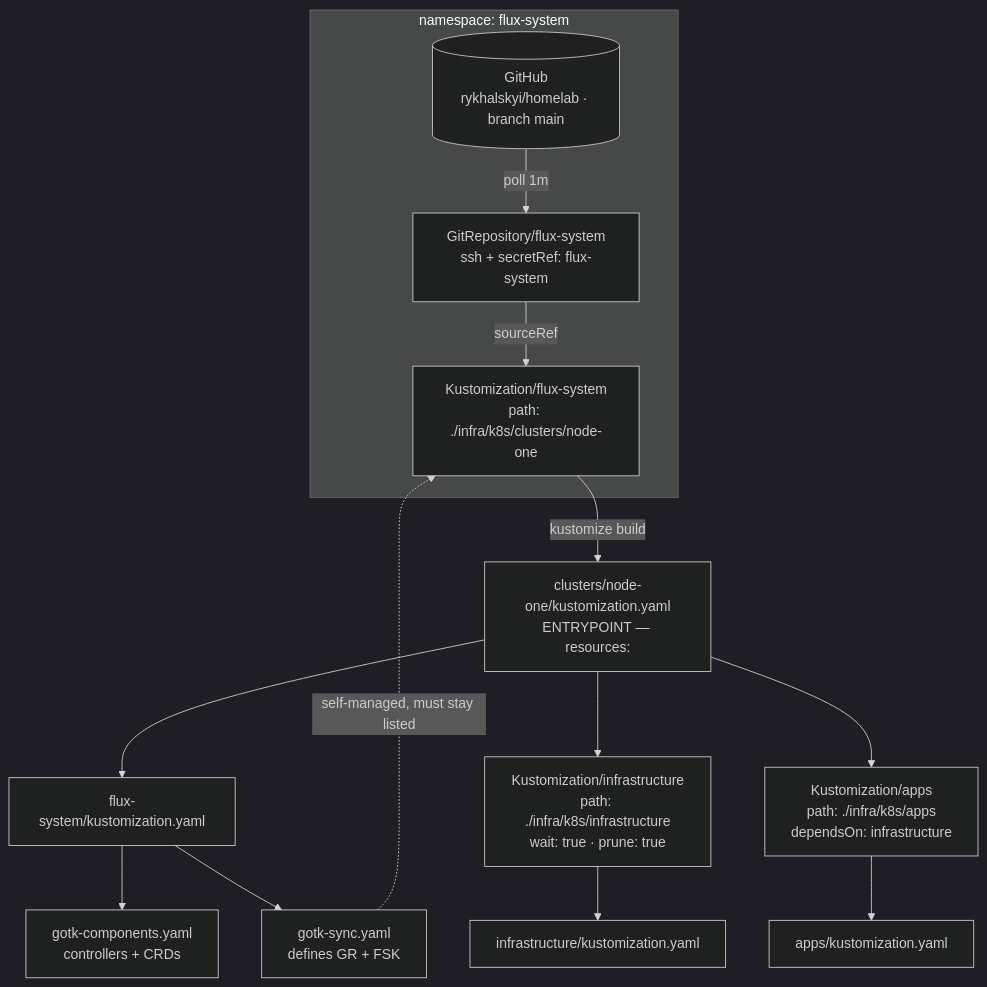
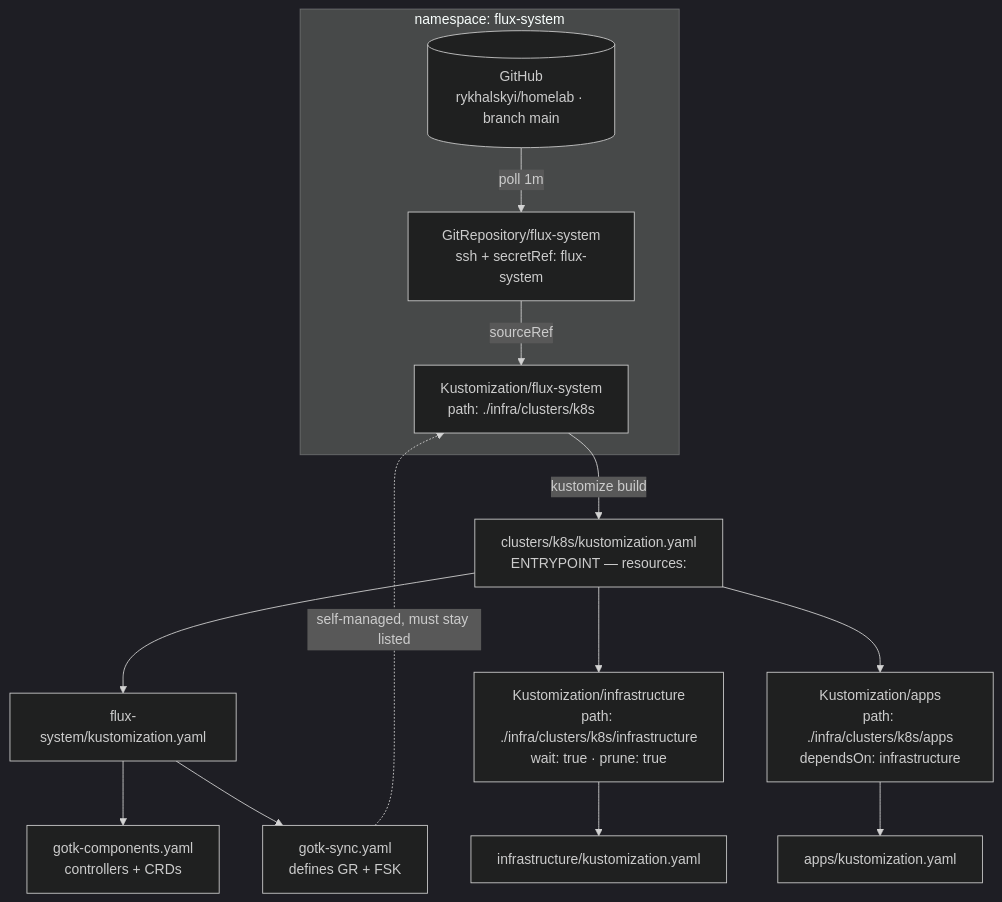
One commit to rykhalskyi/homelab changed the first of 4 diagrams in docs/wiki/pages/k3s-config-graph.md. Above: the diagram before and after it, drawn with Mermaid (dark theme). The commit also changed other lines of this file and 113 other files, not shown here.

First line of the commit message:
Restructure infra/ into clusters, phase1, images, and pi3 (#67)

````diff
--- a/docs/wiki/pages/k3s-config-graph.md
+++ b/docs/wiki/pages/k3s-config-graph.md
@@ -19,25 +19,25 @@
 ```mermaid
 flowchart TD
   GH[("GitHub<br/>rykhalskyi/homelab · branch main")]
 
   subgraph FLUXNS["namespace: flux-system"]
     GR["GitRepository/flux-system<br/>ssh + secretRef: flux-system"]
-    FSK["Kustomization/flux-system<br/>path: ./infra/k8s/clusters/node-one"]
+    FSK["Kustomization/flux-system<br/>path: ./infra/clusters/k8s"]
     GH -->|poll 1m| GR
     GR -->|sourceRef| FSK
   end
 
-  ROOT["clusters/node-one/kustomization.yaml<br/>ENTRYPOINT — resources:"]
+  ROOT["clusters/k8s/kustomization.yaml<br/>ENTRYPOINT — resources:"]
   FSK -->|kustomize build| ROOT
 
   ROOT --> GOTK["flux-system/kustomization.yaml"]
   GOTK --> COMP["gotk-components.yaml<br/>controllers + CRDs"]
   GOTK --> SYNC["gotk-sync.yaml<br/>defines GR + FSK"]
   SYNC -. "self-managed, must stay listed" .-> FSK
 
-  ROOT --> INFRAK["Kustomization/infrastructure<br/>path: ./infra/k8s/infrastructure<br/>wait: true · prune: true"]
-  ROOT --> APPSK["Kustomization/apps<br/>path: ./infra/k8s/apps<br/>dependsOn: infrastructure"]
+  ROOT --> INFRAK["Kustomization/infrastructure<br/>path: ./infra/clusters/k8s/infrastructure<br/>wait: true · prune: true"]
+  ROOT --> APPSK["Kustomization/apps<br/>path: ./infra/clusters/k8s/apps<br/>dependsOn: infrastructure"]
 
   INFRAK --> INFRA["infrastructure/kustomization.yaml"]
   APPSK --> APPS["apps/kustomization.yaml"]
 ```
````
